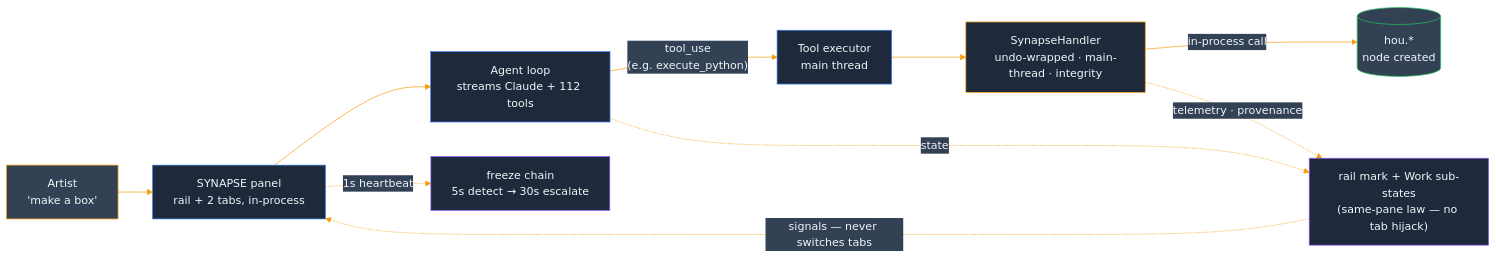
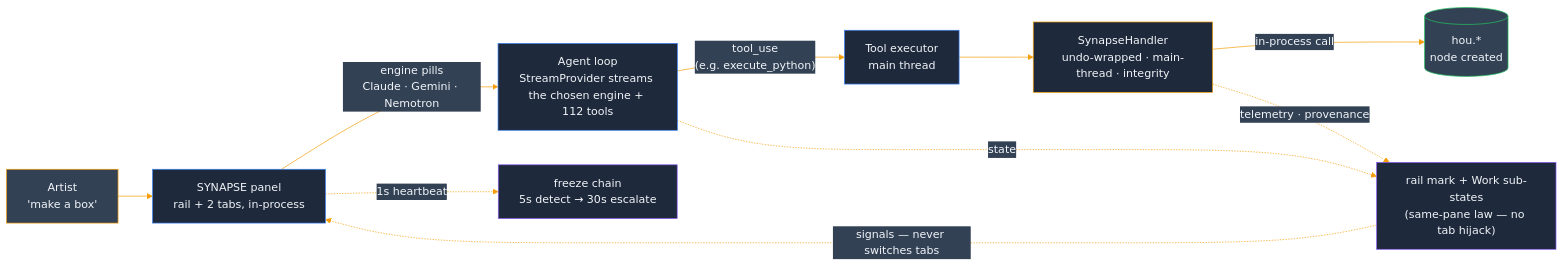
One commit to JosephOIbrahim/Synapse changed the first of 20 diagrams in README.md. Above: the diagram before and after it, drawn with Mermaid. The commit also changed other lines of this file and 1 other file, not shown here.

````diff
--- a/README.md
+++ b/README.md
@@ -25,18 +25,18 @@
 ```mermaid
 %%{init: {'theme':'base', 'themeVariables': {'primaryColor':'#1e293b','primaryTextColor':'#f1f5f9','primaryBorderColor':'#0f172a','lineColor':'#f59e0b','secondaryColor':'#334155','tertiaryColor':'#475569'}}}%%
 flowchart LR
     ART["Artist<br/>'make a box'"]:::artist --> PANEL["SYNAPSE panel<br/>rail + 2 tabs, in-process"]:::panel
-    PANEL --> LOOP["Agent loop<br/>streams Claude + 112 tools"]:::panel
+    PANEL -->|"engine pills<br/>Claude &middot; Gemini &middot; Nemotron"| LOOP["Agent loop<br/>StreamProvider streams the chosen engine + 112 tools"]:::panel
     LOOP -->|"tool_use<br/>(e.g. execute_python)"| EXEC["Tool executor<br/>main thread"]:::panel
     EXEC --> BR["SynapseHandler<br/>undo-wrapped &middot; main-thread &middot; integrity"]:::bridge
     BR -->|in-process call| HOU[("hou.*<br/>node created")]:::hou
     LOOP -.->|state| FACE["rail mark + Work sub-states<br/>(same-pane law &mdash; no tab hijack)"]:::obs
     BR -.->|telemetry &middot; provenance| FACE
     FACE -.->|signals &mdash; never switches tabs| PANEL
     PANEL -.->|"1s heartbeat"| WDOG["freeze chain<br/>5s detect &rarr; 30s escalate"]:::obs
     classDef artist fill:#334155,stroke:#f59e0b,color:#f1f5f9
     classDef panel fill:#1e293b,stroke:#3b82f6,color:#f1f5f9
     classDef bridge fill:#1e293b,stroke:#f59e0b,color:#f1f5f9
     classDef hou fill:#334155,stroke:#22c55e,color:#f1f5f9
     classDef obs fill:#1e293b,stroke:#8b5cf6,color:#f1f5f9
 ```
````
